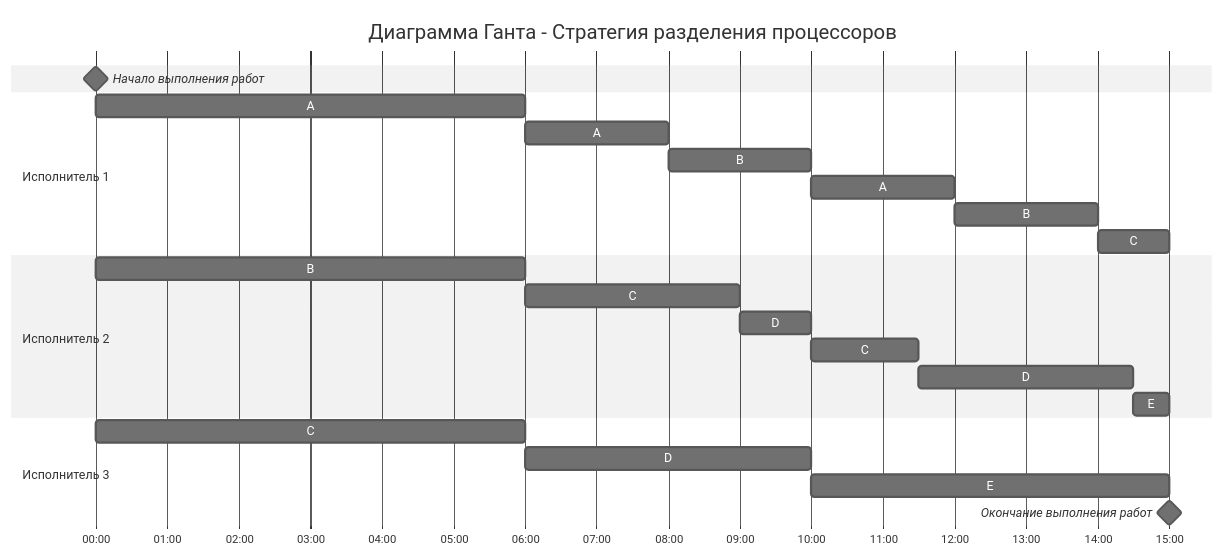
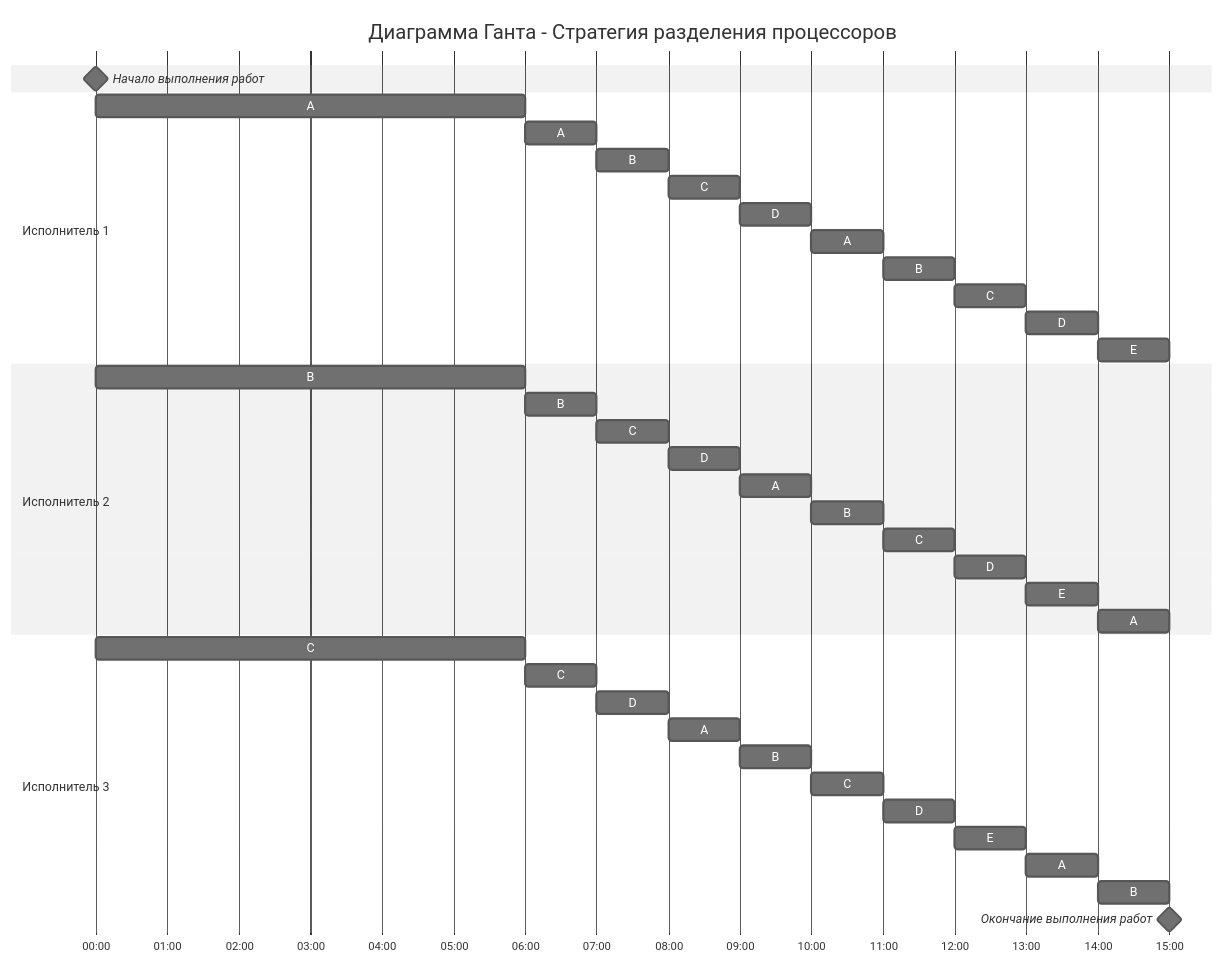
One commit to hse-algo-psapr-25/manual-tasks changed the diagram in Задание 12/CopyPaste.md. Above: the diagram before and after it, drawn with Mermaid (neutral theme). The commit also changed other lines of this file, not shown here.

Commit message:
Исправлена диаграмма Ганта

````diff
--- a/Задание 12/CopyPaste.md
+++ b/Задание 12/CopyPaste.md
@@ -103,26 +109,41 @@
 ```mermaid
 gantt
     title Диаграмма Ганта - Стратегия разделения процессоров
     dateFormat DD HH:mm    
     axisFormat %H:%M
     Начало выполнения работ : milestone, m1, 01 00:00, 0h
     section Исполнитель 1
     A         :a1, 01 00:00, 6h
-    A         :a2, after a1, 2h
-    B         :a3, after a2, 2h
-    A         :a4, after a3, 2h
-    B         :a5, after a4, 2h
-    C         :a6, after a5, 1h
+    A         :a2, after a1, 1h
+    B         :a3, after a2, 1h
+    C         :a4, after a3, 1h
+    D         :a5, after a4, 1h
+    A         :a6, after a5, 1h
+    B         :a7, after a6, 1h
+    C         :a8, after a7, 1h
+    D         :a9, after a8, 1h
+    E         :a10, after a9, 1h
     section Исполнитель 2
     B         :b1, 01 00:00, 6h
-    C         :b2, after b1, 3h
-    D         :b3, after b2, 1h
-    C         :b4, after b3, 1.5h
-    D         :b5, after b4, 3h
-    E         :b6, after b5, 0.5h
+    B         :b2, after b1, 1h
+    C         :b3, after b2, 1h
+    D         :b4, after b3, 1h
+    A         :b5, after b4, 1h
+    B         :b6, after b5, 1h
+    C         :b7, after b6, 1h
+    D         :b8, after b7, 1h
+    E         :b9, after b8, 1h
+    A         :b10, after b9, 1h
     section Исполнитель 3
     C         :c1, 01 00:00, 6h
-    D         :c2, after c1, 4h
-    E         :c3, after c2, 5h
+    C         :c2, after c1, 1h
+    D         :c3, after c2, 1h
+    A         :c4, after c3, 1h
+    B         :c5, after c4, 1h
+    C         :c6, after c5, 1h
+    D         :c7, after c6, 1h
+    E         :c8, after c7, 1h
+    A         :c9, after c8, 1h
+    B         :c10, after c9, 1h
     Окончание выполнения работ : milestone, m2, 01 15:00, 0h
 ```
````
